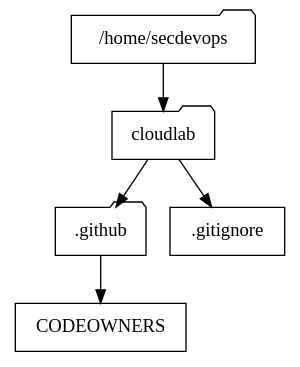
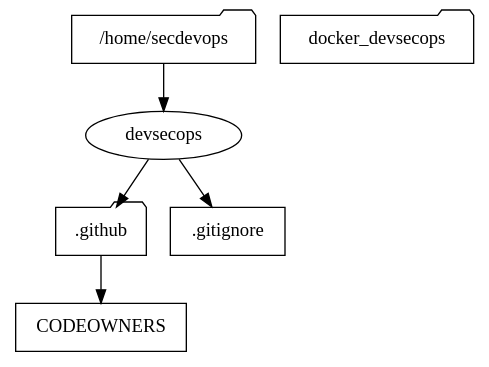
One commit to hotpeppersec/cloudlab changed the second of 2 diagrams in docs/_source/03_github.rst. Above: the diagram before and after it, drawn with Graphviz. The commit also changed other lines of this file and 7 other files, not shown here.

```diff
--- a/docs/_source/03_github.rst
+++ b/docs/_source/03_github.rst
@@ -424,15 +424,15 @@
 .. graphviz::
    :caption: Project Directory
    :align: center
 
    digraph folders {
       "/home/secdevops" [shape=folder];
-      "cloudlab" [shape=folder];
+      "docker_devsecops" [shape=folder];
       ".github" [shape=folder];
       "CODEOWNERS" [shape=rectangle];
       ".gitignore" [shape=rectangle];
-      "/home/secdevops" -> "cloudlab";
-      "cloudlab" -> ".github";
+      "/home/secdevops" -> "devsecops";
+      "devsecops" -> ".github";
       ".github" -> "CODEOWNERS";
-      "cloudlab" -> ".gitignore";
+      "devsecops" -> ".gitignore";
    }
```
